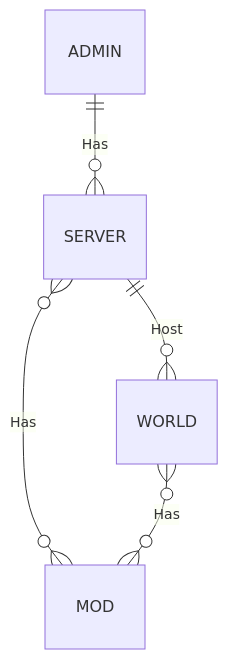
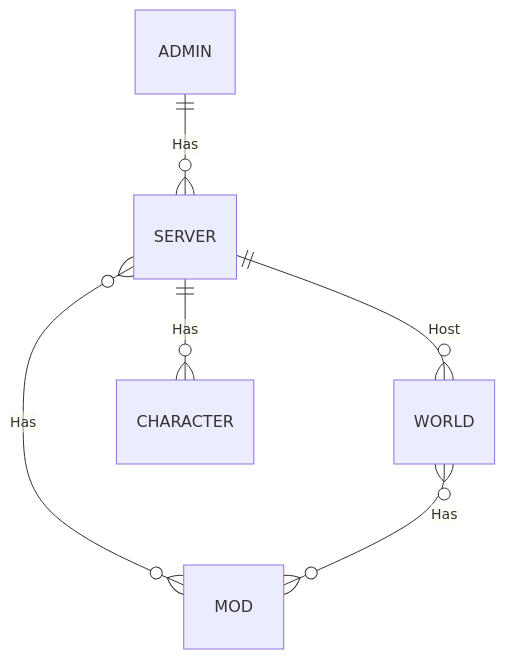
Before and after one commit to longlt201203/terraria-server-control: the first of 2 diagrams in diagrams.md, drawn with Mermaid. The commit also changed other lines of this file and 29 other files, not shown here.

````diff
--- a/diagrams.md
+++ b/diagrams.md
@@ -3,7 +3,8 @@
 ```mermaid
 erDiagram
     "ADMIN" ||--o{ "SERVER" : "Has"
     "SERVER" ||--o{ "WORLD" : "Host"
     "SERVER" }o--o{ "MOD" : "Has"
     "WORLD" }o--o{ "MOD" : "Has"
+    "SERVER" ||--o{ "CHARACTER" : "Has"
 ```
````
